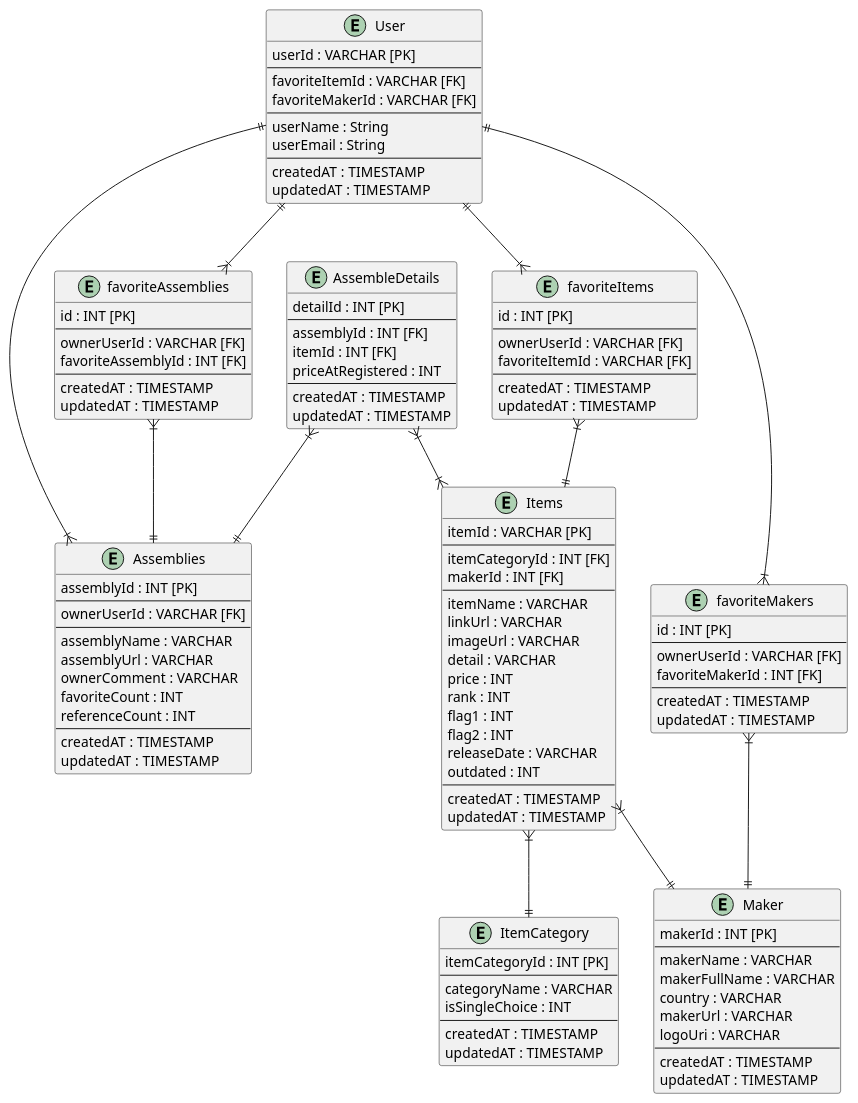
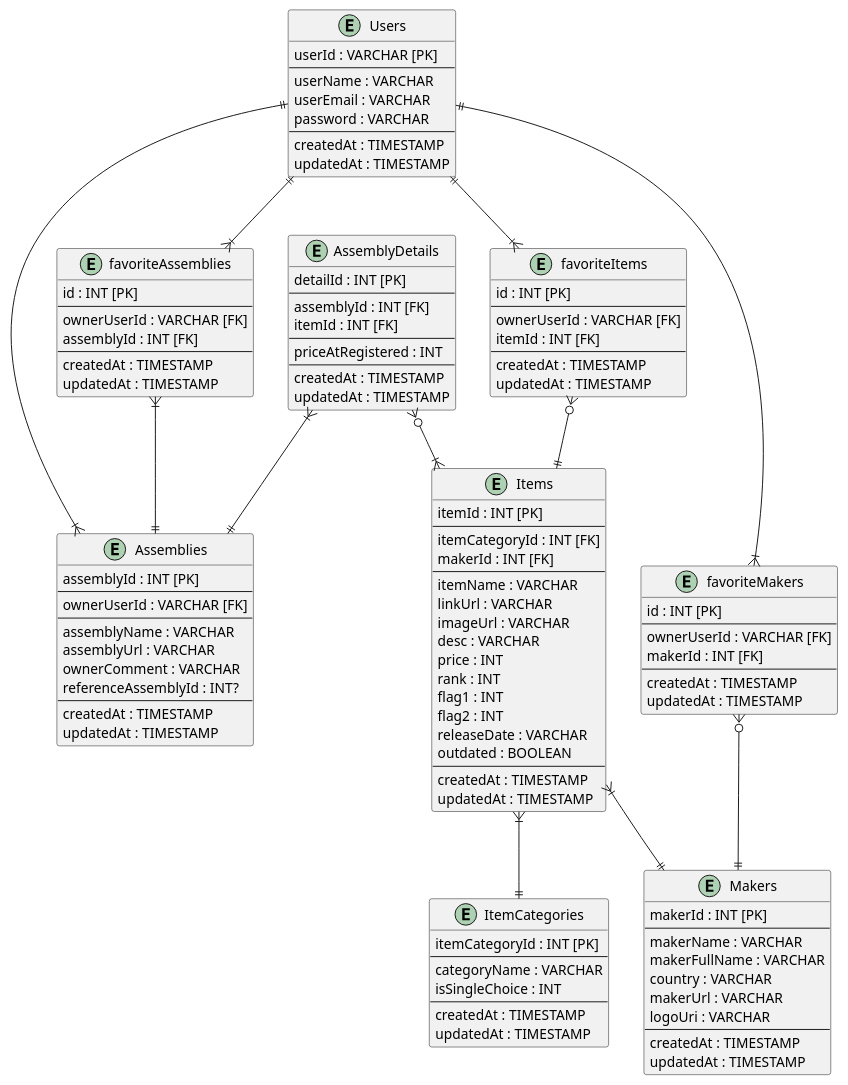
One commit to developerBBee/AssemblePC changed the diagram in plantuml/entity.puml. Above: the diagram before and after it, drawn with PlantUML. The commit also changed 5 other files, not shown here.

```diff
--- a/plantuml/entity.puml
+++ b/plantuml/entity.puml
@@ -1,128 +1,126 @@
 @startuml
 
 entity Items {
-  itemId : VARCHAR [PK]
+  itemId : INT [PK]
   --
   itemCategoryId : INT [FK]
   makerId : INT [FK]
   --
   itemName : VARCHAR
   linkUrl : VARCHAR
   imageUrl : VARCHAR
-  detail : VARCHAR
+  desc : VARCHAR
   price : INT
   rank : INT
   flag1 : INT
   flag2 : INT
   releaseDate : VARCHAR
-  outdated : INT
+  outdated : BOOLEAN
   --
-  createdAT : TIMESTAMP
-  updatedAT : TIMESTAMP
+  createdAt : TIMESTAMP
+  updatedAt : TIMESTAMP
 }
 
-entity ItemCategory {
+entity ItemCategories {
   itemCategoryId : INT [PK]
   --
   categoryName : VARCHAR
   isSingleChoice : INT
   --
-  createdAT : TIMESTAMP
-  updatedAT : TIMESTAMP
+  createdAt : TIMESTAMP
+  updatedAt : TIMESTAMP
 }
 
-entity Maker {
+entity Makers {
   makerId : INT [PK]
   --
   makerName : VARCHAR
   makerFullName : VARCHAR
   country : VARCHAR
   makerUrl : VARCHAR
   logoUri : VARCHAR
   --
-  createdAT : TIMESTAMP
-  updatedAT : TIMESTAMP
+  createdAt : TIMESTAMP
+  updatedAt : TIMESTAMP
 }
 
-entity User {
+entity Users {
   userId : VARCHAR [PK]
   --
-  favoriteItemId : VARCHAR [FK]
-  favoriteMakerId : VARCHAR [FK]
+  userName : VARCHAR
+  userEmail : VARCHAR
+  password : VARCHAR
   --
-  userName : String
-  userEmail : String
-  --
-  createdAT : TIMESTAMP
-  updatedAT : TIMESTAMP
+  createdAt : TIMESTAMP
+  updatedAt : TIMESTAMP
 }
 
 entity Assemblies {
   assemblyId : INT [PK]
   --
   ownerUserId : VARCHAR [FK]
   --
   assemblyName : VARCHAR
   assemblyUrl : VARCHAR
   ownerComment : VARCHAR
-  favoriteCount : INT
-  referenceCount : INT
+  referenceAssemblyId : INT?
   --
-  createdAT : TIMESTAMP
-  updatedAT : TIMESTAMP
+  createdAt : TIMESTAMP
+  updatedAt : TIMESTAMP
 }
 
-entity AssembleDetails {
+entity AssemblyDetails {
   detailId : INT [PK]
   --
   assemblyId : INT [FK]
   itemId : INT [FK]
+  --
   priceAtRegistered : INT
   --
-  createdAT : TIMESTAMP
-  updatedAT : TIMESTAMP
+  createdAt : TIMESTAMP
+  updatedAt : TIMESTAMP
 }
 
 entity favoriteItems {
   id : INT [PK]
   --
   ownerUserId : VARCHAR [FK]
-  favoriteItemId : VARCHAR [FK]
+  itemId : INT [FK]
   --
-  createdAT : TIMESTAMP
-  updatedAT : TIMESTAMP
+  createdAt : TIMESTAMP
+  updatedAt : TIMESTAMP
 }
 
 entity favoriteMakers {
   id : INT [PK]
   --
   ownerUserId : VARCHAR [FK]
-  favoriteMakerId : INT [FK]
+  makerId : INT [FK]
   --
-  createdAT : TIMESTAMP
-  updatedAT : TIMESTAMP
+  createdAt : TIMESTAMP
+  updatedAt : TIMESTAMP
 }
 
 entity favoriteAssemblies {
   id : INT [PK]
   --
   ownerUserId : VARCHAR [FK]
-  favoriteAssemblyId : INT [FK]
+  assemblyId : INT [FK]
   --
-  createdAT : TIMESTAMP
-  updatedAT : TIMESTAMP
+  createdAt : TIMESTAMP
+  updatedAt : TIMESTAMP
 }
 
-Items }|--|| ItemCategory
-Items }|--|| Maker
-AssembleDetails }|--|| Assemblies
-AssembleDetails }|--|{ Items
-User ||--|{ Assemblies
-User ||--|{ favoriteItems
-User ||--|{ favoriteMakers
-User ||--|{ favoriteAssemblies
-favoriteItems }|--|| Items
-favoriteMakers }|--|| Maker
+Items }|--|| ItemCategories
+Items }|--|| Makers
+AssemblyDetails }|--|| Assemblies
+AssemblyDetails }o--|{ Items
+Users ||--|{ Assemblies
+Users ||--|{ favoriteItems
+Users ||--|{ favoriteMakers
+Users ||--|{ favoriteAssemblies
+favoriteItems }o--|| Items
+favoriteMakers }o--|| Makers
 favoriteAssemblies }|--|| Assemblies
 
 @enduml
```
